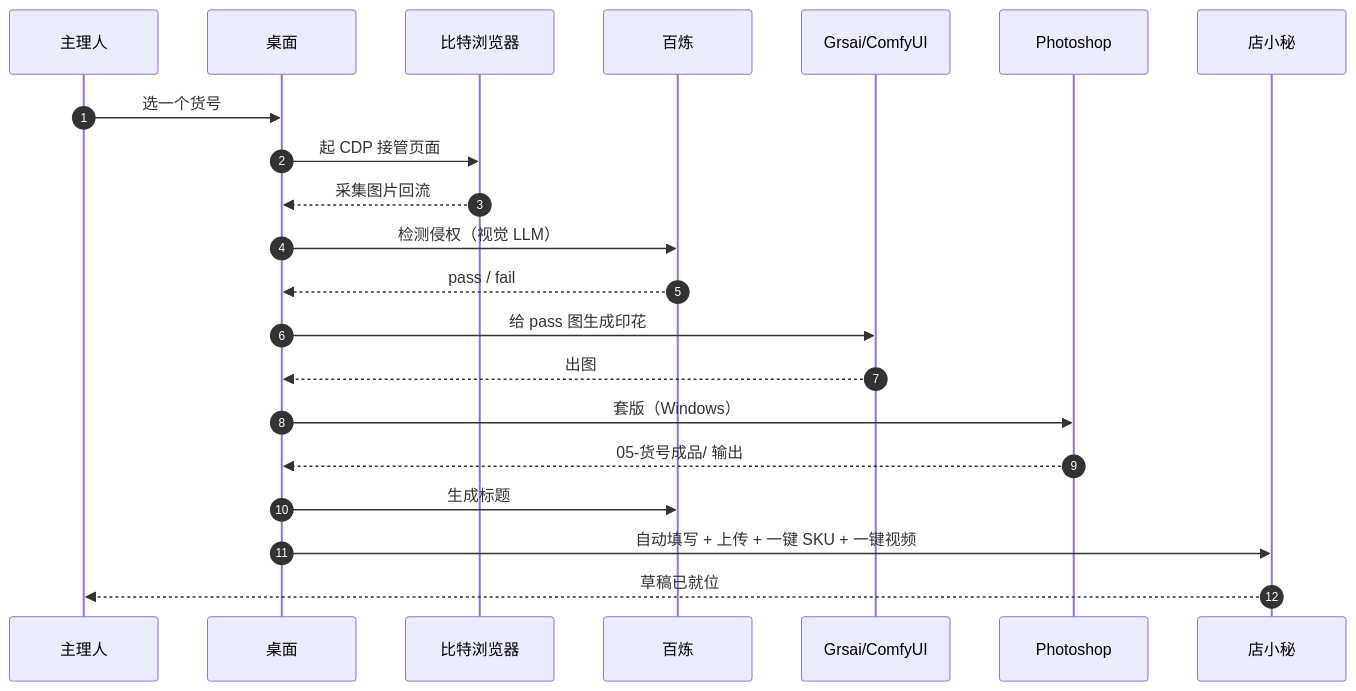
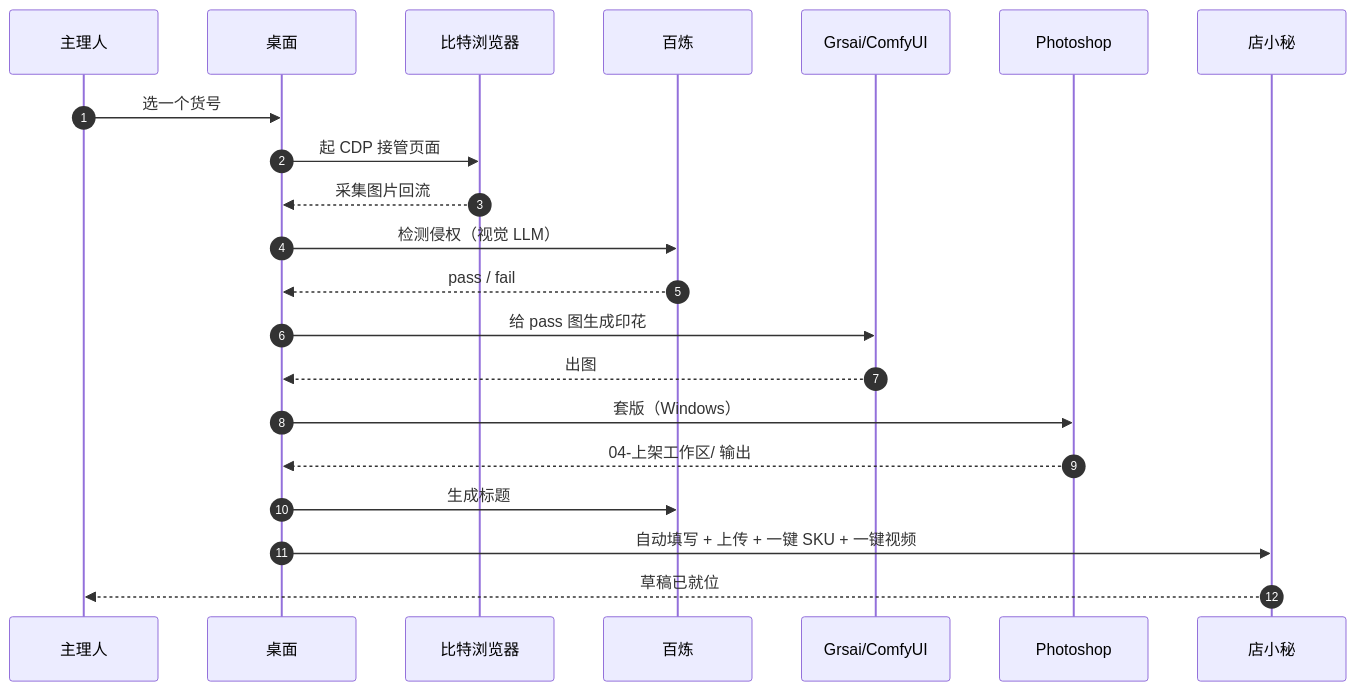
Before and after one commit to axgiroud312-byte/tengyu-aipod: the second of 4 diagrams in docs/PROJECT_TOUR.md, drawn with Mermaid. The commit also changed other lines of this file and 22 other files, not shown here.

Commit message:
fix(client): align workspace directory flow

````diff
--- a/docs/PROJECT_TOUR.md
+++ b/docs/PROJECT_TOUR.md
@@ -83,16 +83,16 @@
 ```mermaid
 sequenceDiagram
     autonumber
     主理人->>桌面: 选一个货号
     桌面->>比特浏览器: 起 CDP 接管页面
     比特浏览器-->>桌面: 采集图片回流
     桌面->>百炼: 检测侵权（视觉 LLM）
     百炼-->>桌面: pass / fail
     桌面->>Grsai/ComfyUI: 给 pass 图生成印花
     Grsai/ComfyUI-->>桌面: 出图
     桌面->>Photoshop: 套版（Windows）
-    Photoshop-->>桌面: 05-货号成品/ 输出
+    Photoshop-->>桌面: 04-上架工作区/ 输出
     桌面->>百炼: 生成标题
     桌面->>店小秘: 自动填写 + 上传 + 一键 SKU + 一键视频
     店小秘-->>主理人: 草稿已就位
 ```
````
